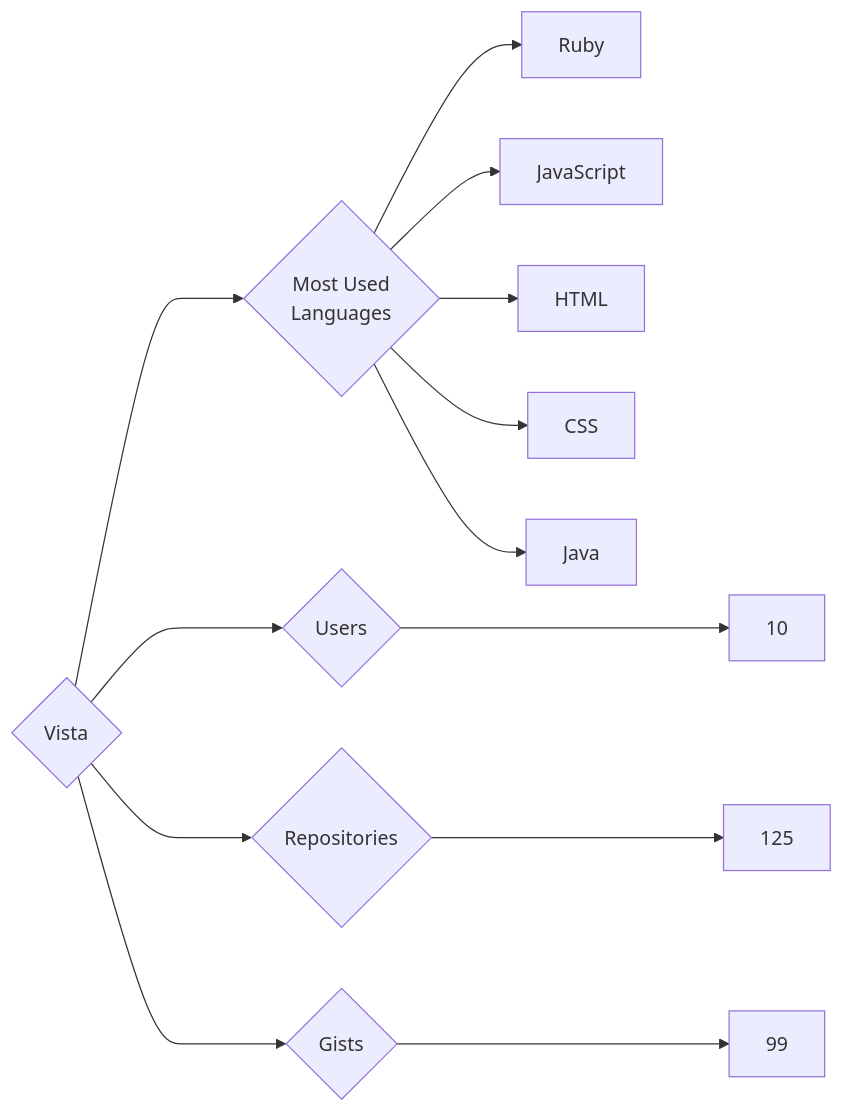
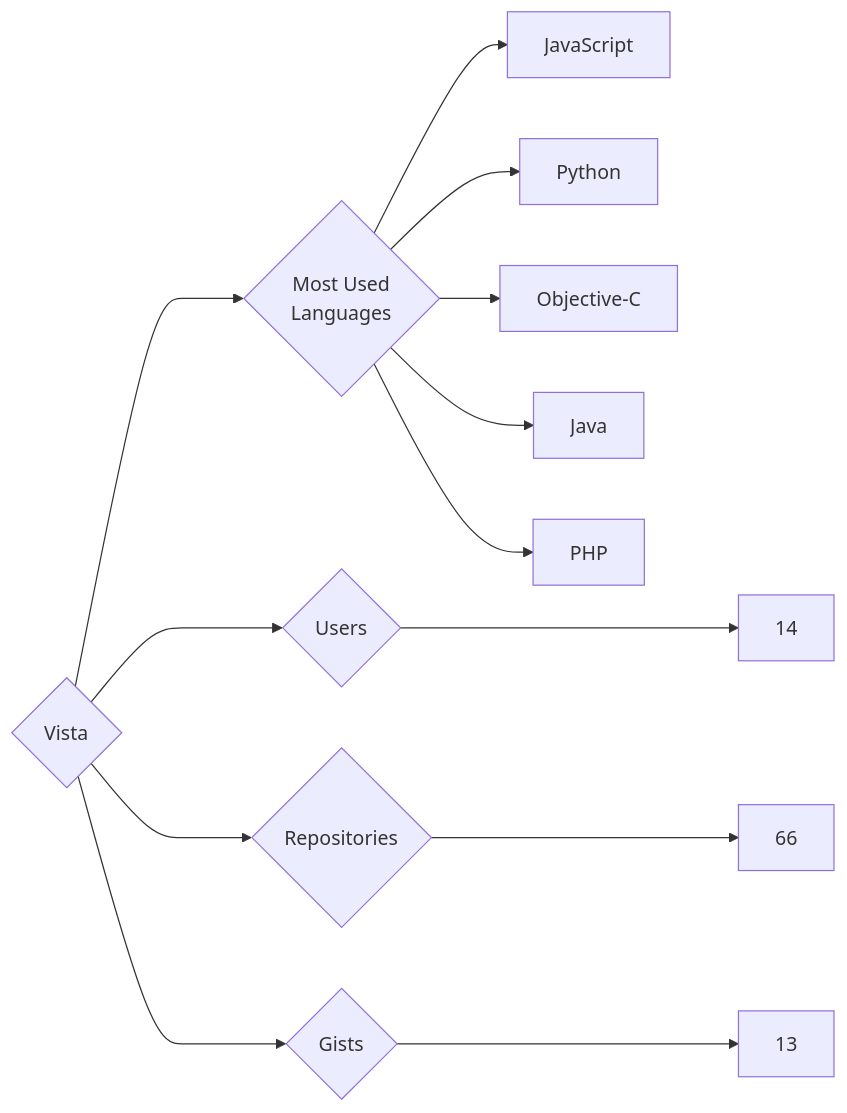
One commit to trickest/insiders changed the diagram in targets/Vista/README.md. Above: the diagram before and after it, drawn with Mermaid. The commit also changed 829 other files, not shown here.

````diff
--- a/targets/Vista/README.md
+++ b/targets/Vista/README.md
@@ -3,13 +3,13 @@
 ```mermaid
 graph LR
 COMPANY_NAME{Vista}
-COMPANY_NAME ---> U{Users} ---> UN[10]
-COMPANY_NAME ---> R{Repositories} ---> RN[125]
-COMPANY_NAME ---> G{Gists} ---> GN[99]
+COMPANY_NAME ---> U{Users} ---> UN[14]
+COMPANY_NAME ---> R{Repositories} ---> RN[66]
+COMPANY_NAME ---> G{Gists} ---> GN[13]
 COMPANY_NAME ---> ML{Most Used<br>Languages}
-ML --> Ruby[Ruby]
 ML --> JavaScript[JavaScript]
-ML --> HTML[HTML]
-ML --> CSS[CSS]
+ML --> Python[Python]
+ML --> Objective-C[Objective-C]
 ML --> Java[Java]
+ML --> PHP[PHP]
 ```
````
